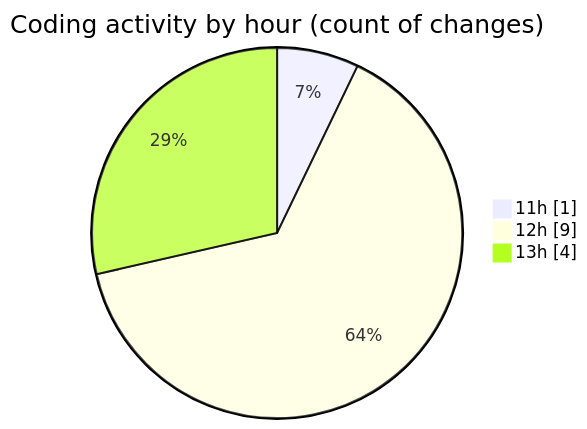
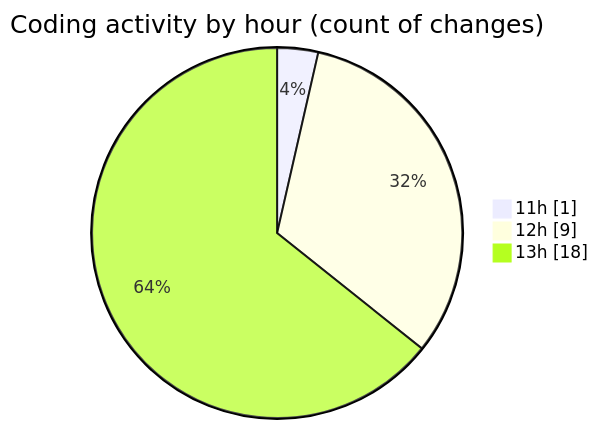
Before and after one commit to nxtqubesakshisongat/code-tracking: the second of 2 diagrams in 2025-11-04/nxtqube_webapp/README.md, drawn with Mermaid. The commit also changed other lines of this file and 1 other file, not shown here.

````diff
--- a/2025-11-04/nxtqube_webapp/README.md
+++ b/2025-11-04/nxtqube_webapp/README.md
@@ -31,7 +31,7 @@
 ```mermaid
 pie showData
 title Coding activity by hour (count of changes)
 "11h" : 1
 "12h" : 9
-"13h" : 4
+"13h" : 18
 ```
````
